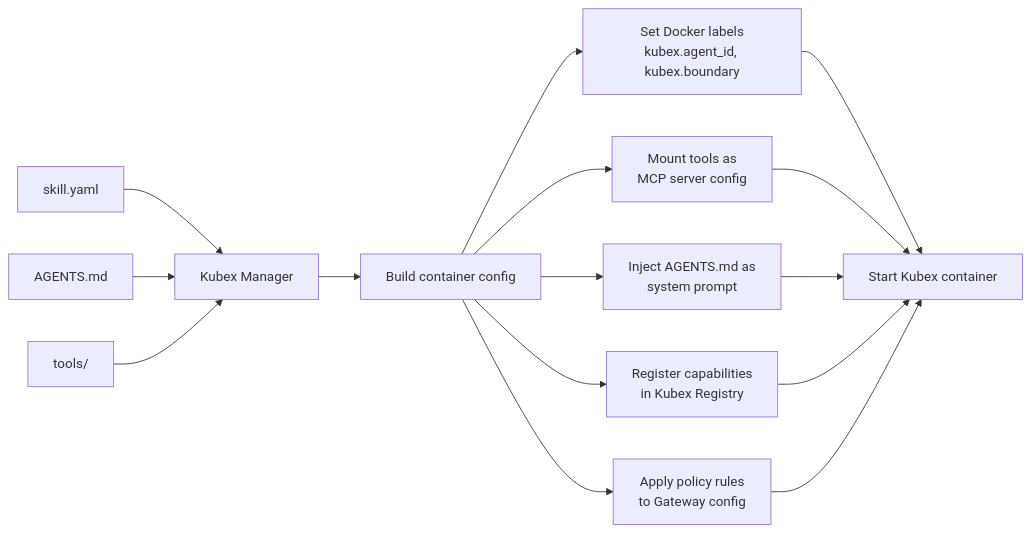
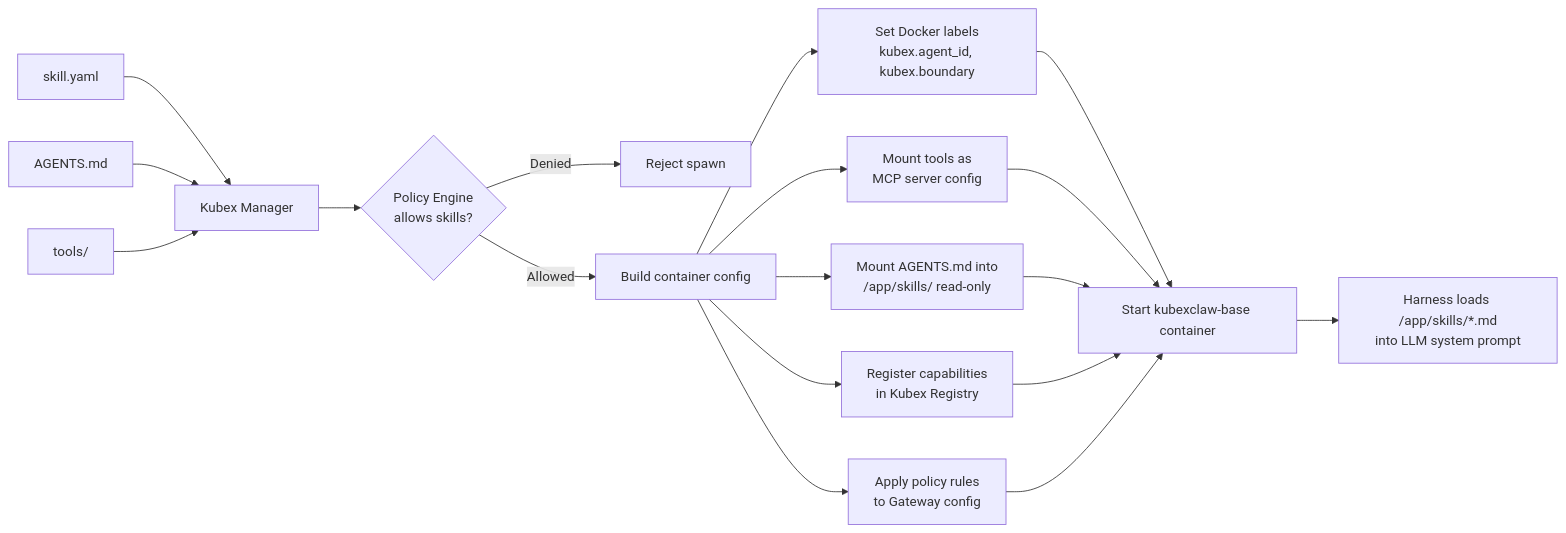
Before and after one commit to WallyDoodlez/KubeX: the third of 3 diagrams in docs/skill-catalog.md, drawn with Mermaid. The commit also changed other lines of this file and 6 other files, not shown here.

````diff
--- a/docs/skill-catalog.md
+++ b/docs/skill-catalog.md
@@ -584,13 +628,16 @@
 ```mermaid
 flowchart LR
     A[skill.yaml] --> B[Kubex Manager]
     C[AGENTS.md] --> B
     D[tools/] --> B
-    B --> E[Build container config]
+    B --> PA{Policy Engine<br/>allows skills?}
+    PA -->|Denied| REJECT[Reject spawn]
+    PA -->|Allowed| E[Build container config]
     E --> F[Set Docker labels<br/>kubex.agent_id, kubex.boundary]
     E --> G[Mount tools as<br/>MCP server config]
-    E --> H[Inject AGENTS.md as<br/>system prompt]
+    E --> H[Mount AGENTS.md into<br/>/app/skills/ read-only]
     E --> I[Register capabilities<br/>in Kubex Registry]
     E --> J[Apply policy rules<br/>to Gateway config]
-    F & G & H & I & J --> K[Start Kubex container]
+    F & G & H & I & J --> K[Start kubexclaw-base container]
+    K --> L[Harness loads /app/skills/*.md<br/>into LLM system prompt]
 ```
````
